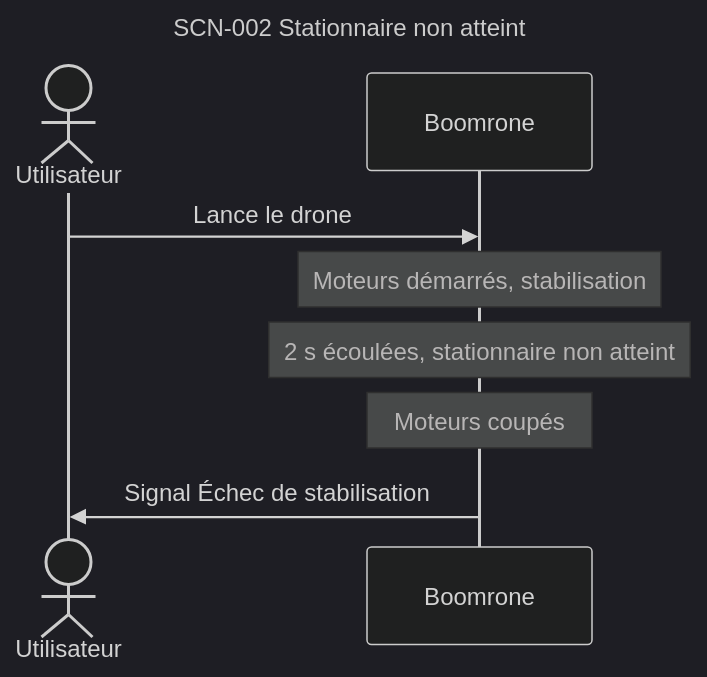
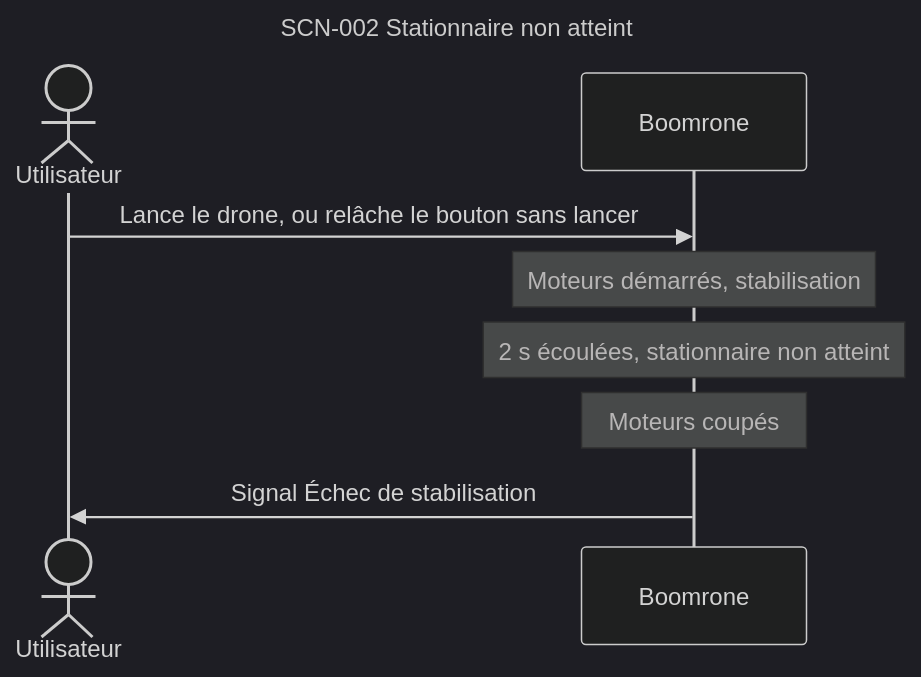
Before and after one commit to thourymatthieu-png/coworker_archi_system: the fourth of 13 diagrams in projets/boomrone/00-scenarios.md, drawn with Mermaid (dark theme). The commit also changed other lines of this file and 5 other files, not shown here.

````diff
--- a/projets/boomrone/00-scenarios.md
+++ b/projets/boomrone/00-scenarios.md
@@ -186,13 +188,13 @@
 ```mermaid
 ---
 title: "SCN-002 Stationnaire non atteint"
 ---
 sequenceDiagram
     actor U as Utilisateur
     participant D as Boomrone
-    U->>D: Lance le drone
+    U->>D: Lance le drone, ou relâche le bouton sans lancer
     Note over D: Moteurs démarrés, stabilisation
     Note over D: 2 s écoulées, stationnaire non atteint
     Note over D: Moteurs coupés
     D->>U: Signal Échec de stabilisation
 ```
````
